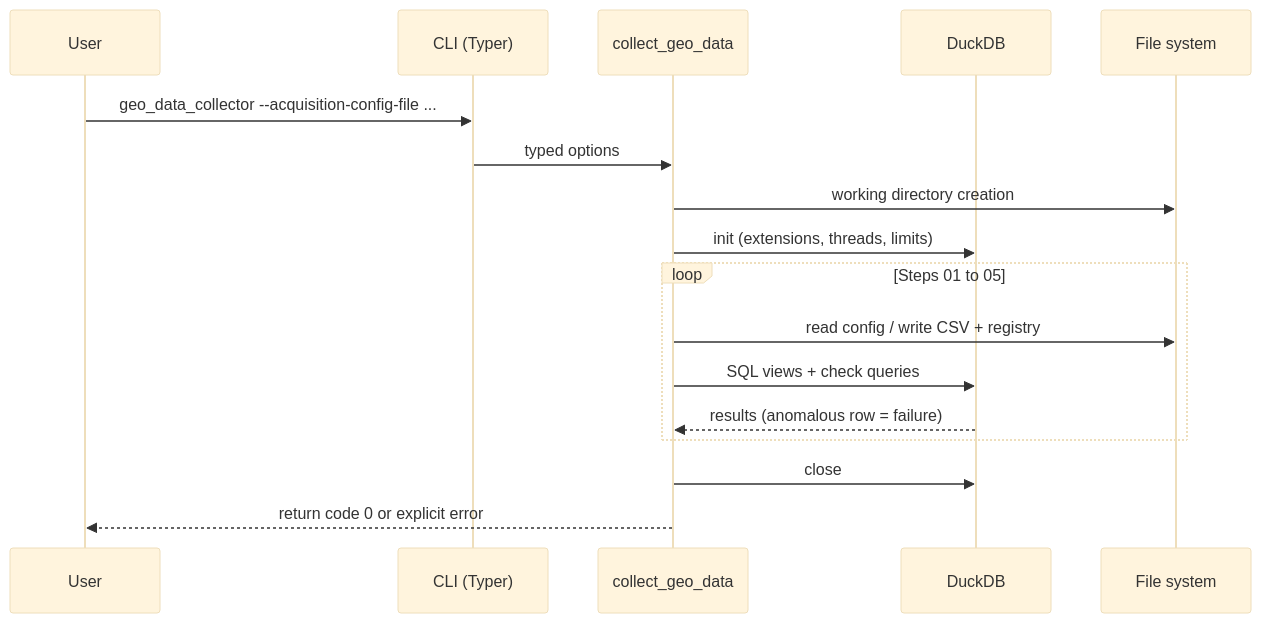
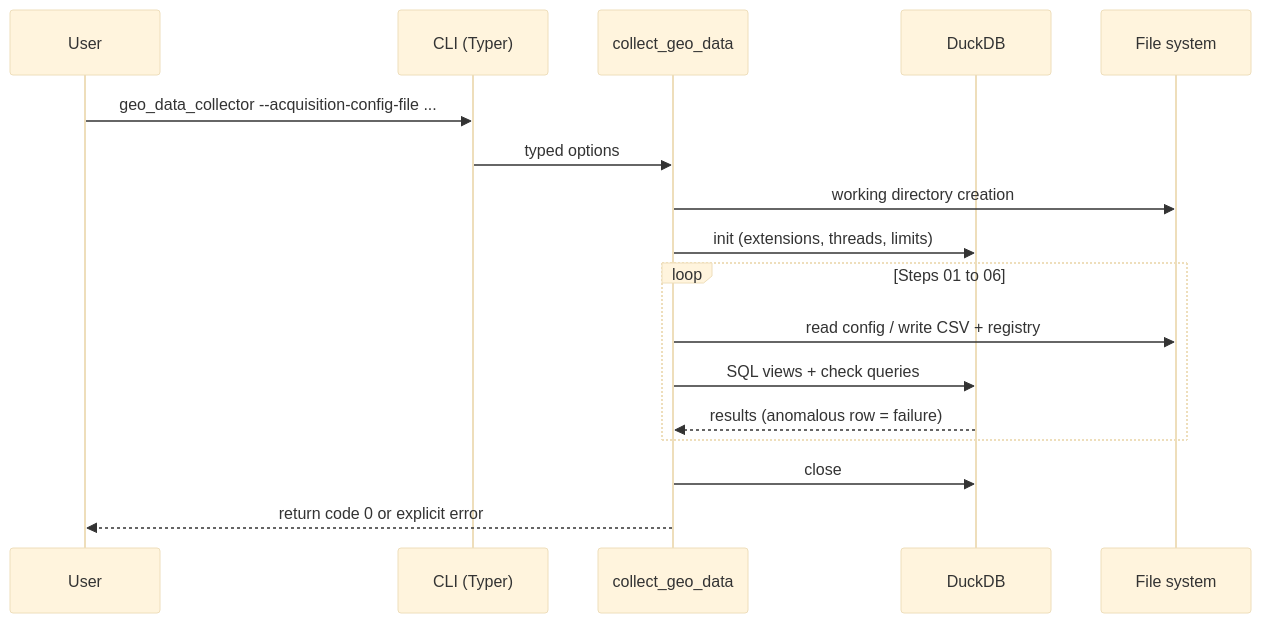
The second of 2 diagrams in docs/explanation/architecture.md (stroppycow/geo-collect), drawn with Mermaid (base theme) before and after one commit. The commit also changed other lines of this file and 48 other files, not shown here.

````diff
--- a/docs/explanation/architecture.md
+++ b/docs/explanation/architecture.md
@@ -43,19 +44,19 @@
 ```mermaid
 sequenceDiagram
     participant U as User
     participant C as CLI (Typer)
     participant M as collect_geo_data
     participant D as DuckDB
     participant F as File system
     U->>C: geo_data_collector --acquisition-config-file ...
     C->>M: typed options
     M->>F: working directory creation
     M->>D: init (extensions, threads, limits)
-    loop Steps 01 to 05
+    loop Steps 01 to 06
         M->>F: read config / write CSV + registry
         M->>D: SQL views + check queries
         D-->>M: results (anomalous row = failure)
     end
     M->>D: close
     M-->>U: return code 0 or explicit error
 ```
````
